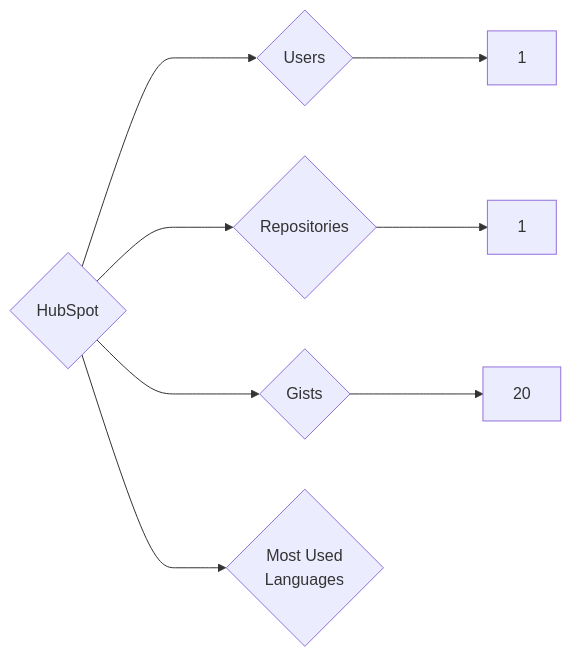
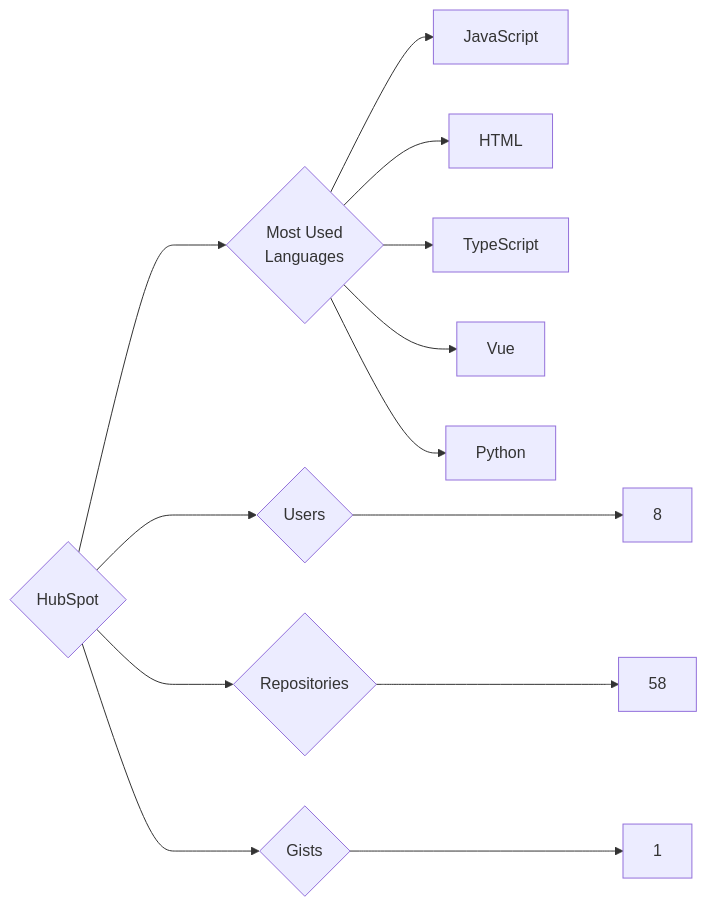
One commit to trickest/insiders changed the diagram in targets/HubSpot/README.md. Above: the diagram before and after it, drawn with Mermaid. The commit also changed 1166 other files, not shown here.

````diff
--- a/targets/HubSpot/README.md
+++ b/targets/HubSpot/README.md
@@ -3,8 +3,13 @@
 ```mermaid
 graph LR
 COMPANY_NAME{HubSpot}
-COMPANY_NAME ---> U{Users} ---> UN[1]
-COMPANY_NAME ---> R{Repositories} ---> RN[1]
-COMPANY_NAME ---> G{Gists} ---> GN[20]
+COMPANY_NAME ---> U{Users} ---> UN[8]
+COMPANY_NAME ---> R{Repositories} ---> RN[58]
+COMPANY_NAME ---> G{Gists} ---> GN[1]
 COMPANY_NAME ---> ML{Most Used<br>Languages}
+ML --> JavaScript[JavaScript]
+ML --> HTML[HTML]
+ML --> TypeScript[TypeScript]
+ML --> Vue[Vue]
+ML --> Python[Python]
 ```
````
